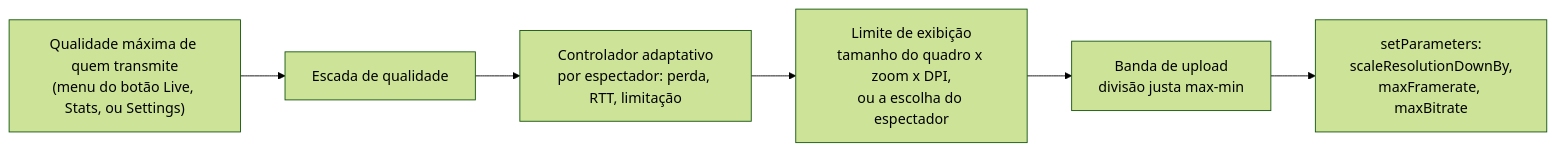
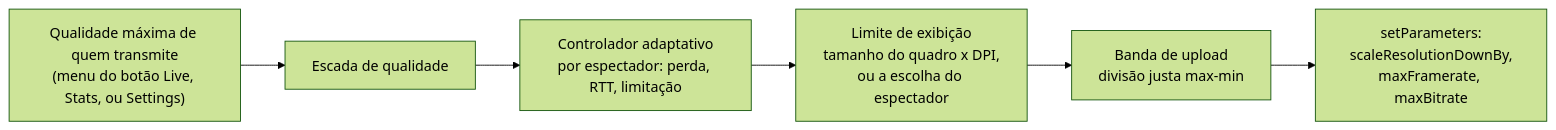
One commit to nsfxu/lan-screenshare changed the third of 6 diagrams in docs/pt-BR/media-pipeline.md. Above: the diagram before and after it, drawn with Mermaid (forest theme). The commit also changed other lines of this file and 17 other files, not shown here.

````diff
--- a/docs/pt-BR/media-pipeline.md
+++ b/docs/pt-BR/media-pipeline.md
@@ -107,8 +107,8 @@
 ```mermaid
 flowchart LR
   A["Qualidade máxima de quem transmite<br/>(menu do botão Live, Stats, ou Settings)"] --> L["Escada de qualidade"]
   L --> B["Controlador adaptativo<br/>por espectador: perda, RTT, limitação"]
-  B --> C["Limite de exibição<br/>tamanho do quadro x zoom x DPI,<br/>ou a escolha do espectador"]
+  B --> C["Limite de exibição<br/>tamanho do quadro x DPI,<br/>ou a escolha do espectador"]
   C --> D["Banda de upload<br/>divisão justa max-min"]
   D --> E["setParameters:<br/>scaleResolutionDownBy,<br/>maxFramerate, maxBitrate"]
 ```
````
